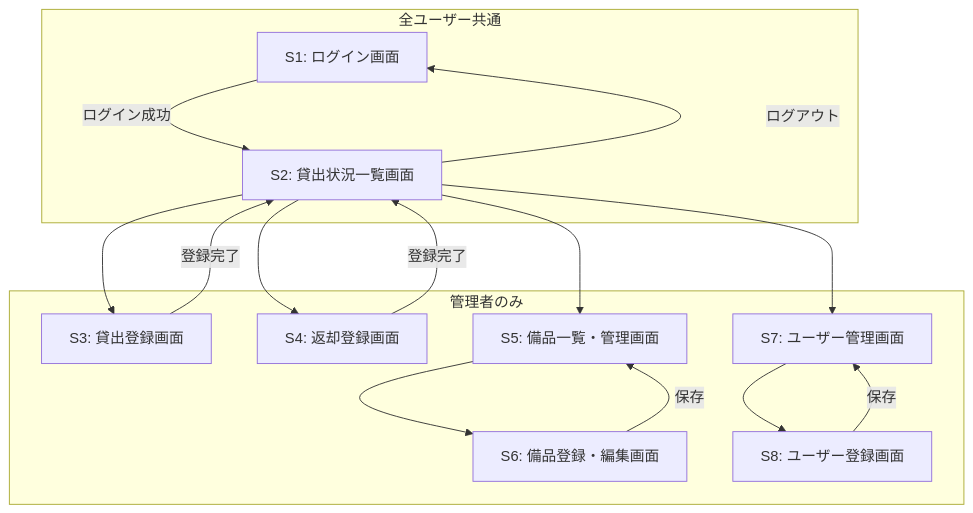
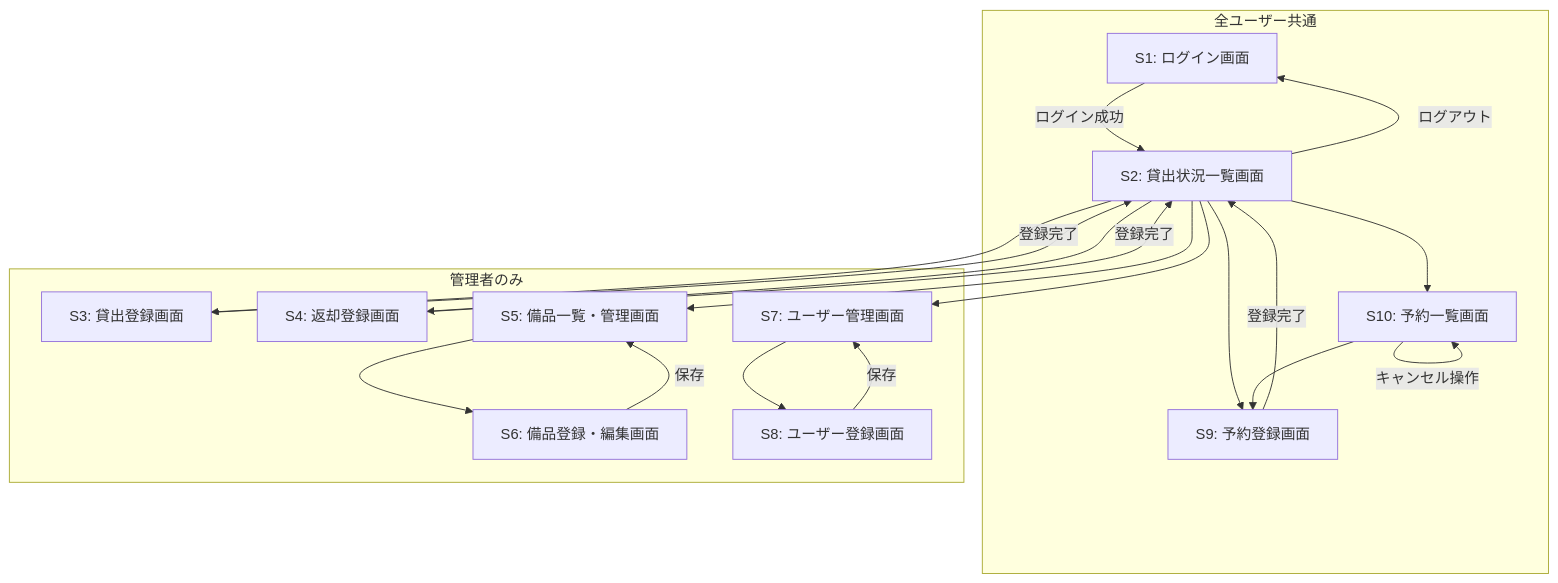
Before and after one commit to notfolder/roo_code_test: the fourth of 7 diagrams in docs/requirements.md, drawn with Mermaid. The commit also changed other lines of this file and 19 other files, not shown here.

````diff
--- a/docs/requirements.md
+++ b/docs/requirements.md
@@ -149,19 +184,24 @@
 ```mermaid
 flowchart TD
     subgraph 全ユーザー共通
         A[S1: ログイン画面] -->|ログイン成功| B[S2: 貸出状況一覧画面]
         B -->|ログアウト| A
+        B --> P[S9: 予約登録画面]
+        P -->|登録完了| B
+        B --> Q[S10: 予約一覧画面]
+        Q -->|キャンセル操作| Q
+        Q --> P
     end
     subgraph 管理者のみ
         B --> C[S3: 貸出登録画面]
         C -->|登録完了| B
         B --> D[S4: 返却登録画面]
         D -->|登録完了| B
         B --> E[S5: 備品一覧・管理画面]
         E --> F[S6: 備品登録・編集画面]
         F -->|保存| E
         B --> G[S7: ユーザー管理画面]
         G --> H[S8: ユーザー登録画面]
         H -->|保存| G
     end
 ```
````
